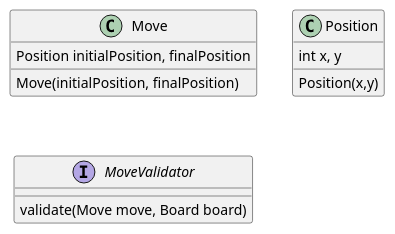
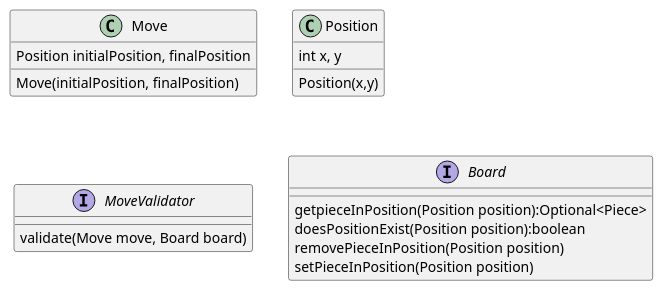
One commit to jalopbauer/chess changed the diagram in chess.puml. Above: the diagram before and after it, drawn with PlantUML.

```diff
--- a/chess.puml
+++ b/chess.puml
@@ -1,13 +1,20 @@
 @startuml Chess
 class Move
 Move : Position initialPosition, finalPosition
 Move : Move(initialPosition, finalPosition)
 
 class Position
 Position : int x, y
 Position : Position(x,y)
 
 interface MoveValidator
 MoveValidator : validate(Move move, Board board)
 
+' Piece Handler
+interface Board
+Board : getpieceInPosition(Position position):Optional<Piece>
+Board : doesPositionExist(Position position):boolean
+Board : removePieceInPosition(Position position)
+Board : setPieceInPosition(Position position)
+
 @enduml
```
